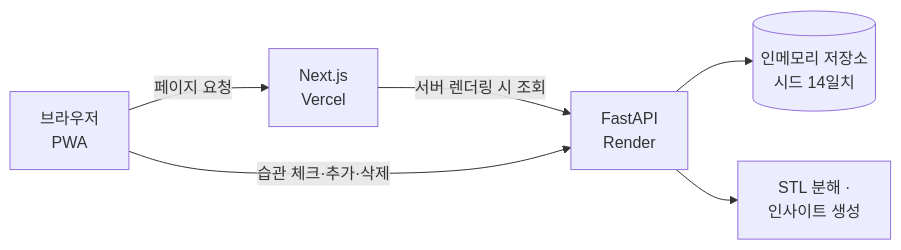
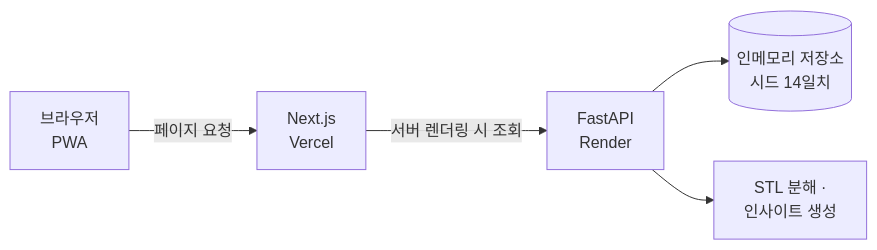
The diagram in README.md (KimHands/growthlens), drawn with Mermaid before and after one commit. The commit also changed other lines of this file and 32 other files, not shown here.

````diff
--- a/README.md
+++ b/README.md
@@ -110,14 +110,13 @@
 ```mermaid
 flowchart LR
     Browser[브라우저<br/>PWA]
     Next[Next.js<br/>Vercel]
     API[FastAPI<br/>Render]
     STL[STL 분해 ·<br/>인사이트 생성]
     Store[(인메모리 저장소<br/>시드 14일치)]
 
     Browser -->|페이지 요청| Next
     Next -->|서버 렌더링 시 조회| API
-    Browser -->|습관 체크·추가·삭제| API
     API --> Store
     API --> STL
 ```
````
